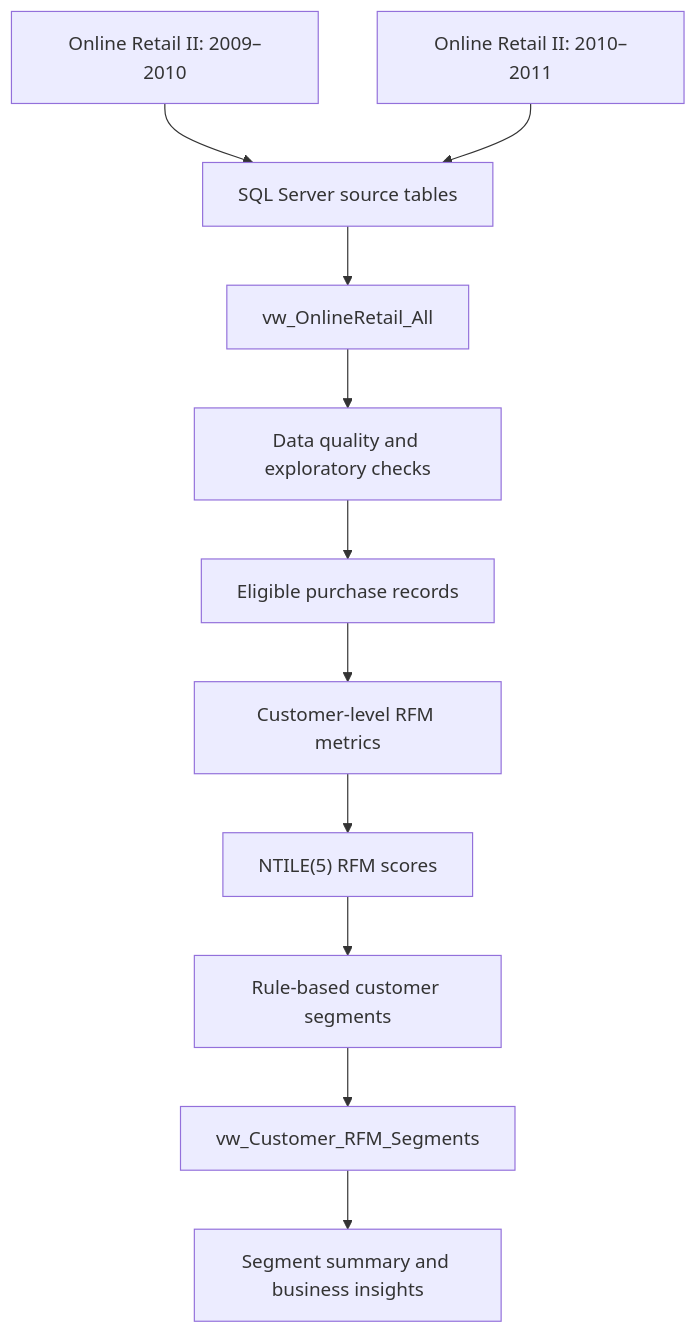
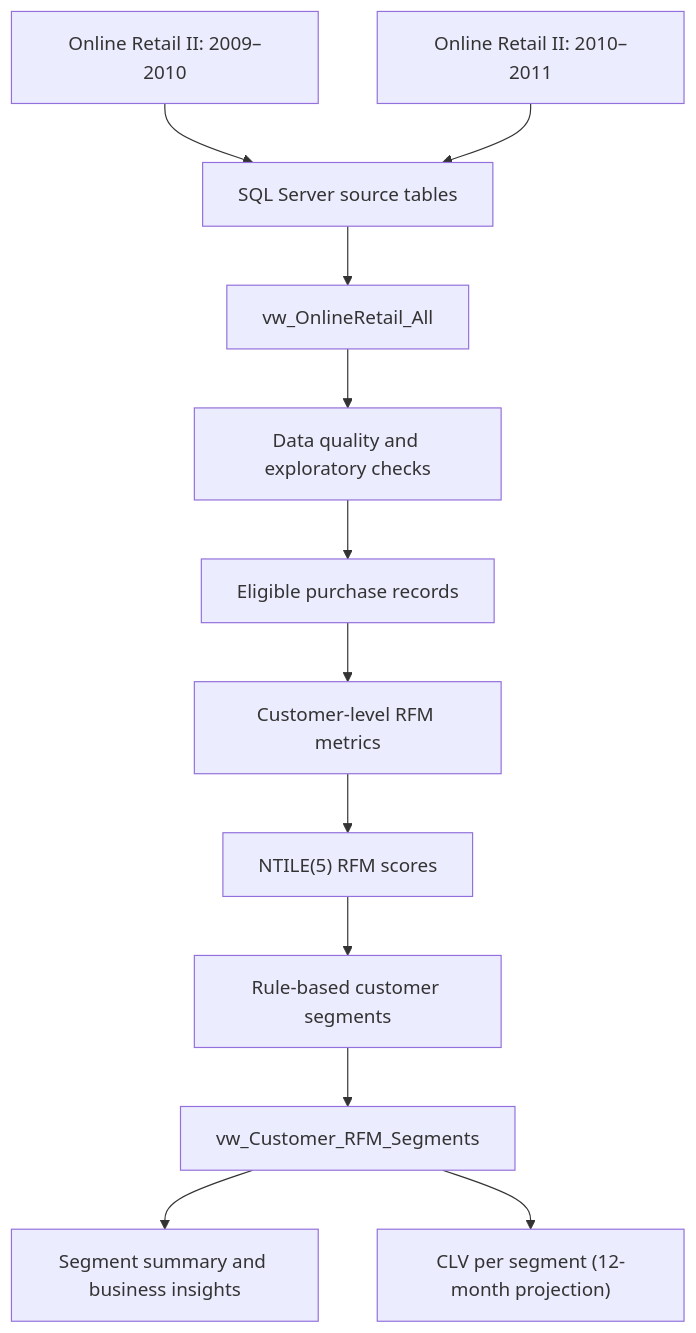
One commit to satyam-katara/rfm-customer-segmentation changed the diagram in README.md. Above: the diagram before and after it, drawn with Mermaid. The commit also changed other lines of this file and 2 other files, not shown here.

First line of the commit message:
Add CLV per segment (12-month forward projection + retention-adjusted CLV)

````diff
--- a/README.md
+++ b/README.md
@@ -76,13 +78,14 @@
 ```mermaid
 flowchart TD
     A["Online Retail II: 2009–2010"] --> C["SQL Server source tables"]
     B["Online Retail II: 2010–2011"] --> C
     C --> D["vw_OnlineRetail_All"]
     D --> E["Data quality and exploratory checks"]
     E --> F["Eligible purchase records"]
     F --> G["Customer-level RFM metrics"]
     G --> H["NTILE(5) RFM scores"]
     H --> I["Rule-based customer segments"]
     I --> J["vw_Customer_RFM_Segments"]
     J --> K["Segment summary and business insights"]
+    J --> L["CLV per segment (12-month projection)"]
 ```
````
